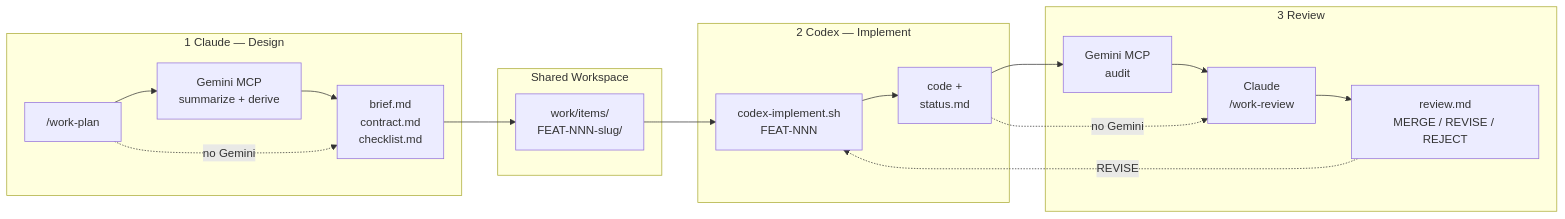
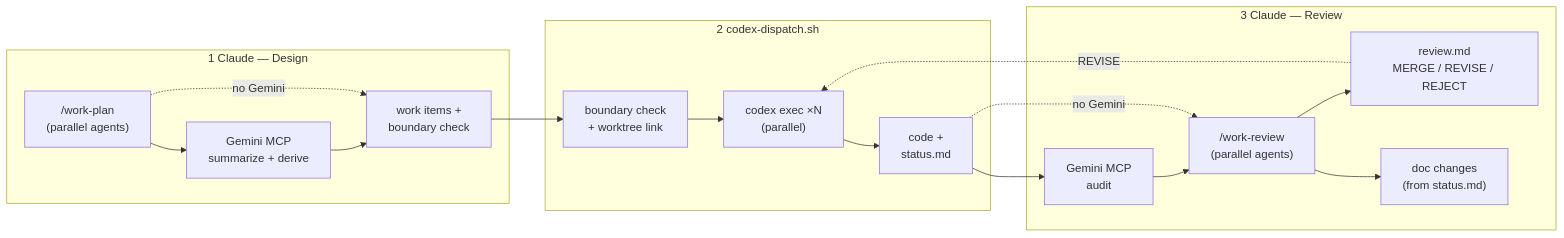
Before and after one commit to aanna0701/claude-useful-instructions: the first of 3 diagrams in docs/collab-workflow.md, drawn with Mermaid. The commit also changed other lines of this file and 4 other files, not shown here.

First line of the commit message:
feat: 2-touch workflow — minimize human intervention to dispatch + review

````diff
--- a/docs/collab-workflow.md
+++ b/docs/collab-workflow.md
@@ -19,26 +36,24 @@
 ```mermaid
 graph LR
     subgraph "1 Claude — Design"
-        A["/work-plan"] --> G1["Gemini MCP\nsummarize + derive"]
-        G1 --> B["brief.md\ncontract.md\nchecklist.md"]
+        A["/work-plan\n(parallel agents)"] --> G1["Gemini MCP\nsummarize + derive"]
+        G1 --> B["work items +\nboundary check"]
         A -.->|no Gemini| B
     end
 
-    subgraph "Shared Workspace"
-        B --> C["work/items/\nFEAT-NNN-slug/"]
-    end
-
-    subgraph "2 Codex — Implement"
-        C --> D["codex-implement.sh\nFEAT-NNN"]
+    subgraph "2 codex-dispatch.sh"
+        B --> BC["boundary check\n+ worktree link"]
+        BC --> D["codex exec ×N\n(parallel)"]
         D --> E["code +\nstatus.md"]
     end
 
-    subgraph "3 Review"
+    subgraph "3 Claude — Review"
         E --> G2["Gemini MCP\naudit"]
-        G2 --> F["Claude\n/work-review"]
+        G2 --> F["/work-review\n(parallel agents)"]
         E -.->|no Gemini| F
         F --> H["review.md\nMERGE / REVISE / REJECT"]
+        F --> DOC["doc changes\n(from status.md)"]
     end
 
     H -.->|REVISE| D
 ```
````
